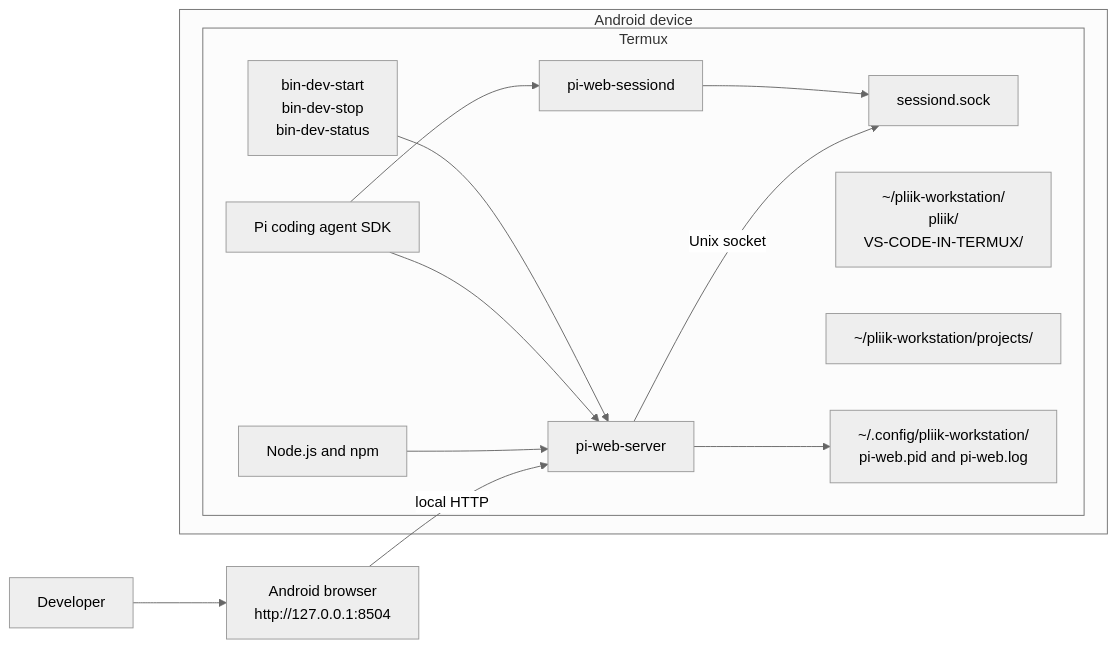
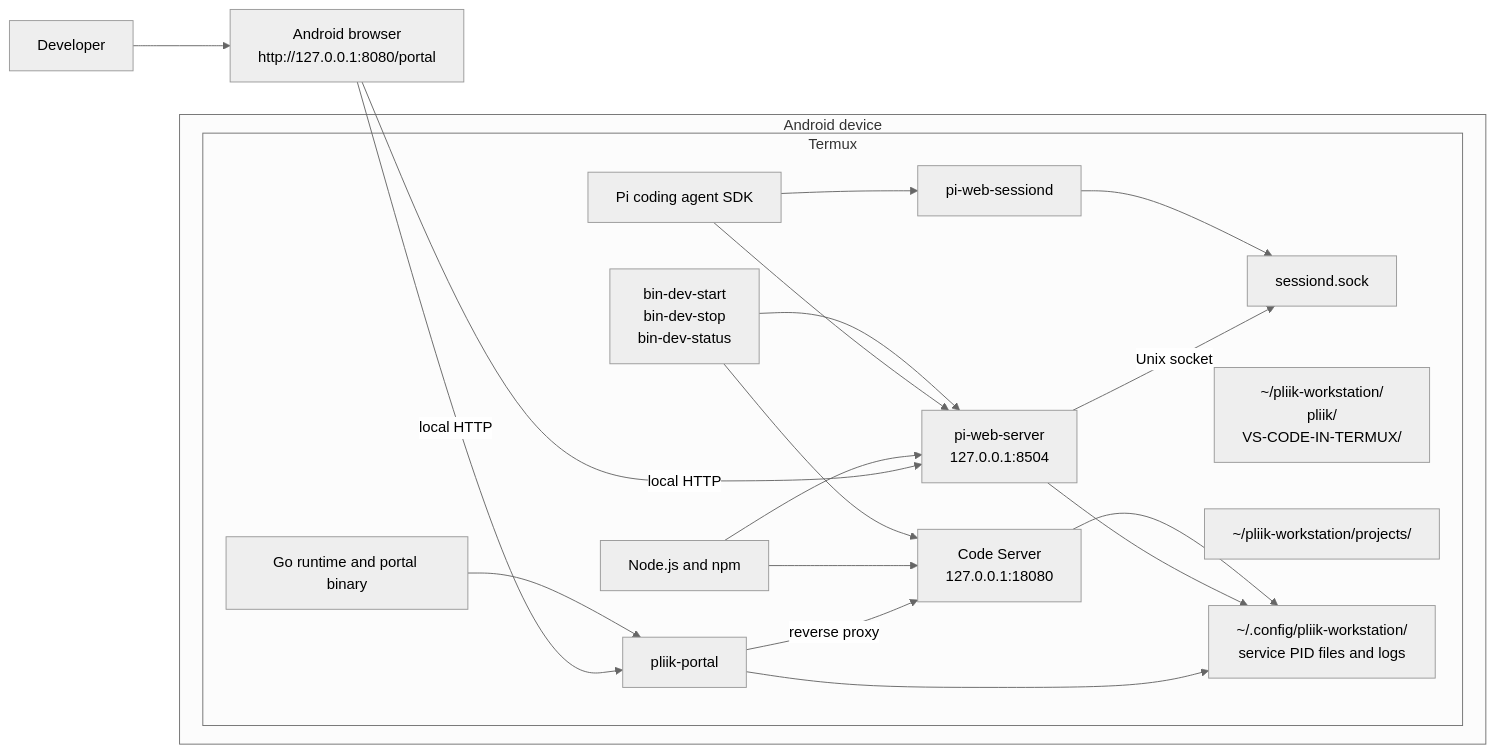
The first of 2 diagrams in ARCHITECTURE.md (mutualendemic/pliik), drawn with Mermaid (neutral theme) before and after one commit. The commit also changed other lines of this file and 6 other files, not shown here.

Commit message:
Manage shared projects in Pi Web and Code Server

````diff
--- a/ARCHITECTURE.md
+++ b/ARCHITECTURE.md
@@ -7,27 +7,37 @@
 ```mermaid
 flowchart LR
-    User[Developer] --> Browser[Android browser\nhttp://127.0.0.1:8504]
-    Browser -->|local HTTP| Server[pi-web-server]
-    Server -->|Unix socket| Socket[sessiond.sock]
+    User[Developer] --> Browser[Android browser\nhttp://127.0.0.1:8080/portal]
+    Browser -->|local HTTP| Portal[pliik-portal]
+    Portal -->|reverse proxy| CodeServer[Code Server\n127.0.0.1:18080]
+    Browser -->|local HTTP| PiWeb[pi-web-server\n127.0.0.1:8504]
+    PiWeb -->|Unix socket| Socket[sessiond.sock]
 
     subgraph Android[Android device]
         subgraph Termux[Termux]
-            Server
+            PiWeb
+            CodeServer
+            Portal
             SessionDaemon[pi-web-sessiond]
             Socket
             Runtime[Node.js and npm]
+            Go[Go runtime and portal binary]
             SDK[Pi coding agent SDK]
             Repos["~/pliik-workstation/\npliik/\nVS-CODE-IN-TERMUX/"]
             Projects["~/pliik-workstation/projects/"]
             Helpers["bin-dev-start\nbin-dev-stop\nbin-dev-status"]
-            Config["~/.config/pliik-workstation/\npi-web.pid and pi-web.log"]
+            Config["~/.config/pliik-workstation/\nservice PID files and logs"]
         end
     end
 
-    Runtime --> Server
+    Runtime --> PiWeb
+    Runtime --> CodeServer
+    Go --> Portal
     SessionDaemon --> Socket
-    SDK --> Server
+    SDK --> PiWeb
     SDK --> SessionDaemon
-    Helpers --> Server
-    Server --> Config
+    Helpers --> PiWeb
+    Helpers --> CodeServer
+    Portal --> Config
+    PiWeb --> Config
+    CodeServer --> Config
 ```
````
